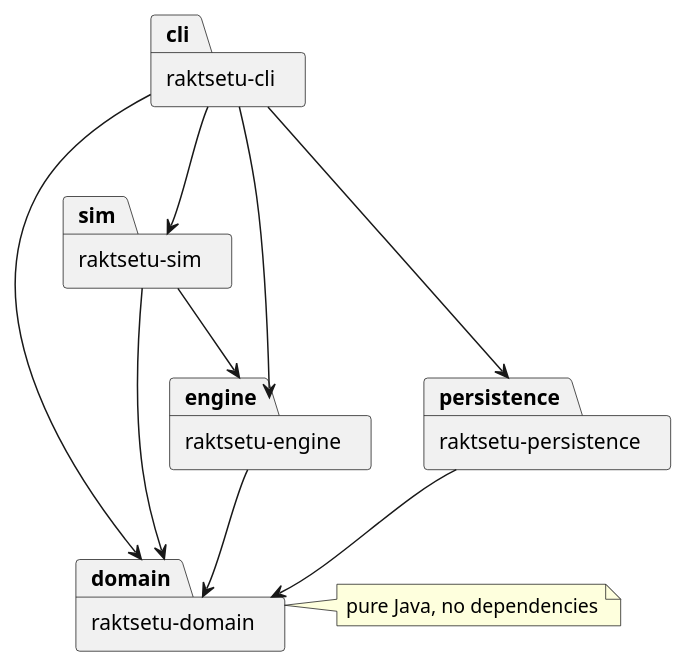
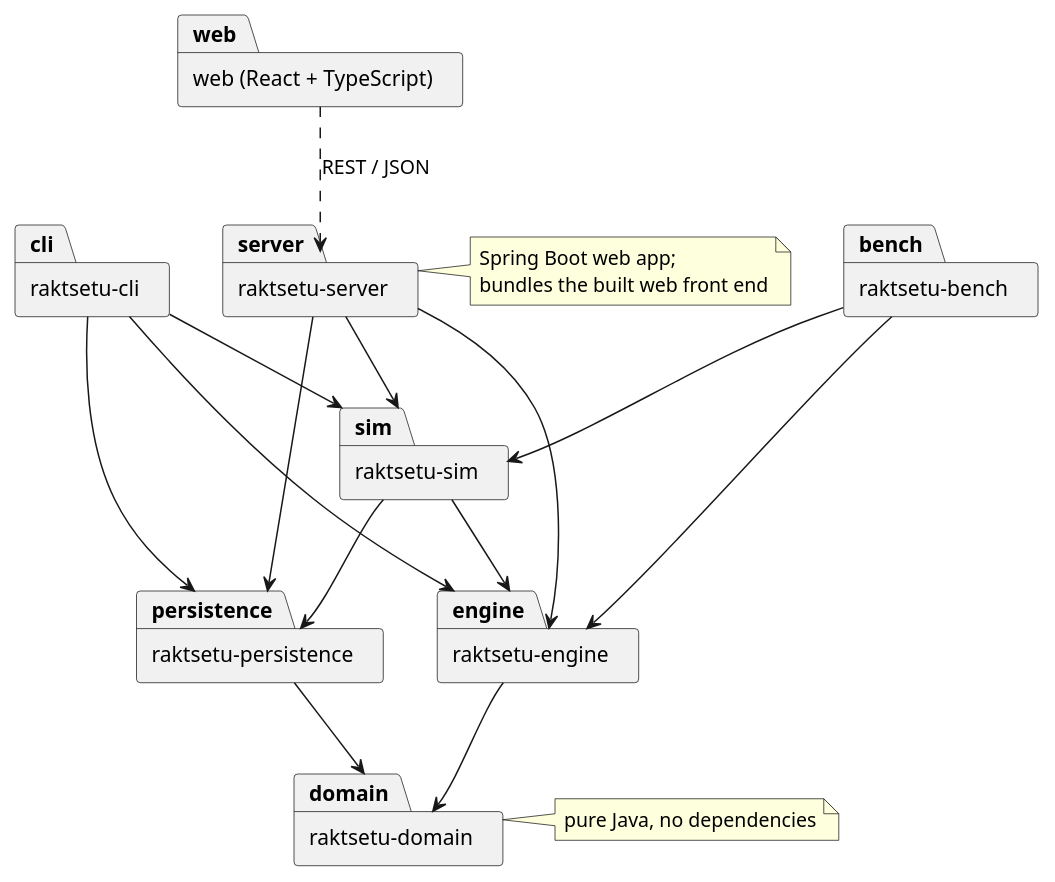
The diagram in docs/uml/packages.puml (pritikakhandelwal/raktsetu), drawn with PlantUML before and after one commit. The commit also changed 2 other files, not shown here.

Commit message:
Update the use case and package diagrams to the web app
The use case diagram now covers sign-in, setup, people, dispatch, cancellation
and urgent alerts, grouped by role; the package diagram adds raktsetu-server,
raktsetu-bench, the web front end and the simulator's use of persistence.

```diff
--- a/docs/uml/packages.puml
+++ b/docs/uml/packages.puml
@@ -1,18 +1,30 @@
 @startuml packages
-' Module dependencies. Maven enforces them, so there are no cycles.
+' RaktSetu module dependencies (v2). Keep in sync with the <dependencies> of each module's pom.xml.
 skinparam packageStyle rectangle
+
+package "web (React + TypeScript)" as web
+package "raktsetu-server" as server
 package "raktsetu-cli" as cli
+package "raktsetu-bench" as bench
 package "raktsetu-sim" as sim
 package "raktsetu-engine" as engine
 package "raktsetu-persistence" as persistence
 package "raktsetu-domain" as domain
-cli --> sim
+
+web ..> server : REST / JSON
+server --> engine
+server --> persistence
+server --> sim
 cli --> engine
 cli --> persistence
-cli --> domain
+cli --> sim
+bench --> engine
+bench --> sim
 sim --> engine
-sim --> domain
+sim --> persistence
 engine --> domain
 persistence --> domain
+
 note right of domain : pure Java, no dependencies
+note right of server : Spring Boot web app;\nbundles the built web front end
 @enduml
```
